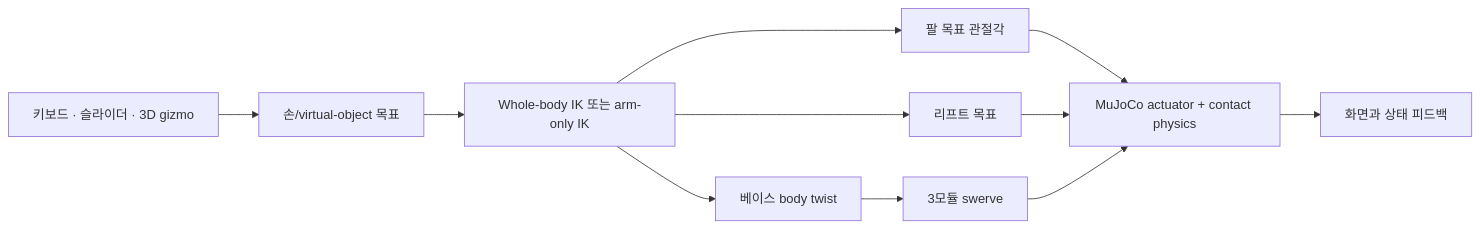
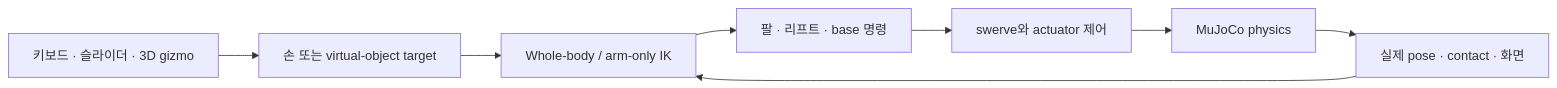
One commit to ggh-png/ffw-sh5-grasp changed the diagram in docs/index.md. Above: the diagram before and after it, drawn with Mermaid. The commit also changed other lines of this file and 16 other files, not shown here.

````diff
--- a/docs/index.md
+++ b/docs/index.md
@@ -33,12 +53,10 @@
 ```mermaid
 flowchart LR
-    U["키보드 · 슬라이더 · 3D gizmo"] --> T["손/virtual-object 목표"]
-    T --> W["Whole-body IK 또는 arm-only IK"]
-    W --> A["팔 목표 관절각"]
-    W --> L["리프트 목표"]
-    W --> B["베이스 body twist"]
-    A --> P["MuJoCo actuator + contact physics"]
-    L --> P
-    B --> S["3모듈 swerve"] --> P
-    P --> V["화면과 상태 피드백"]
+    U["키보드 · 슬라이더 · 3D gizmo"] --> T["손 또는 virtual-object target"]
+    T --> IK["Whole-body / arm-only IK"]
+    IK --> C["팔 · 리프트 · base 명령"]
+    C --> S["swerve와 actuator 제어"]
+    S --> P["MuJoCo physics"]
+    P --> F["실제 pose · contact · 화면"]
+    F --> IK
 ```
````
